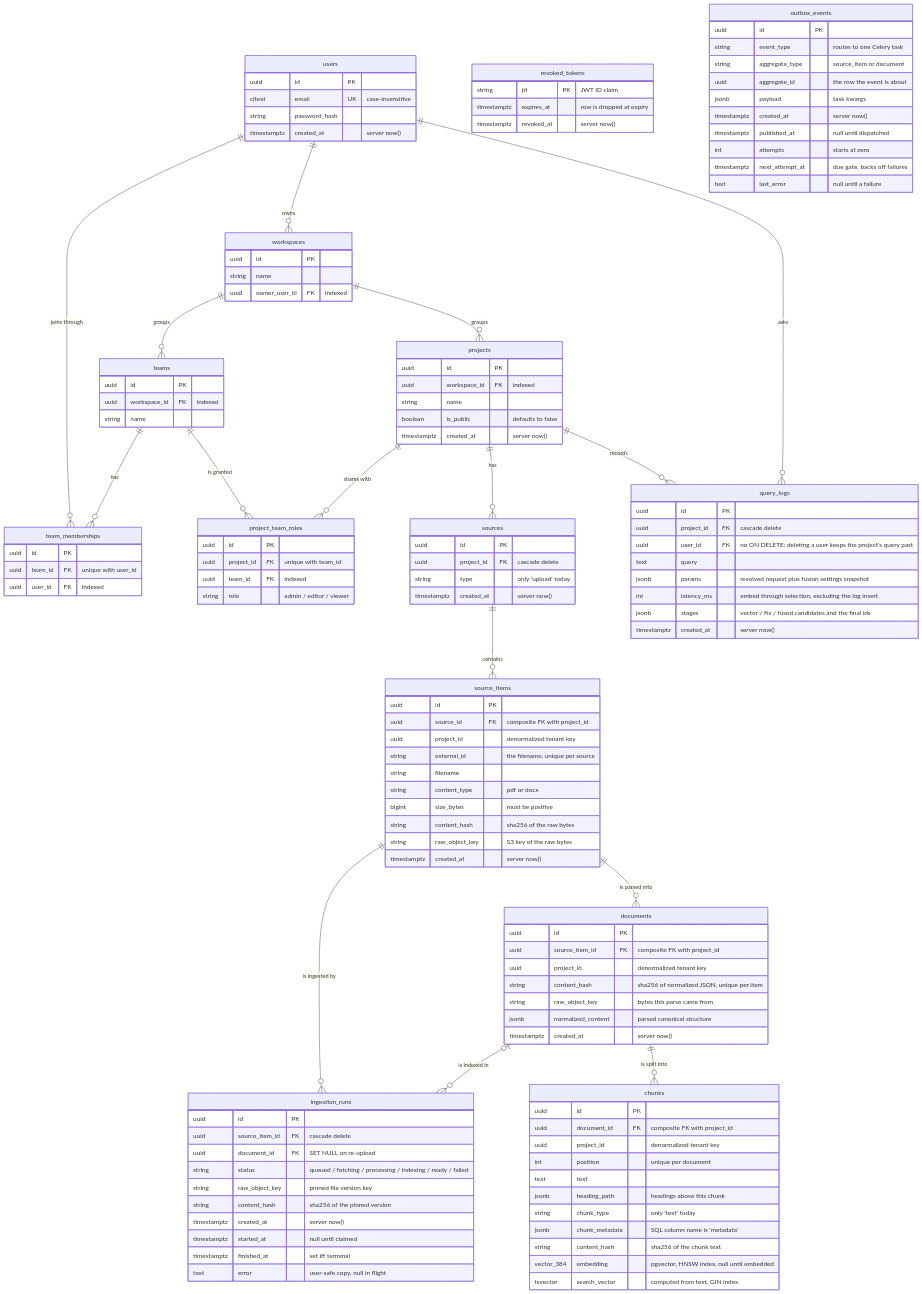
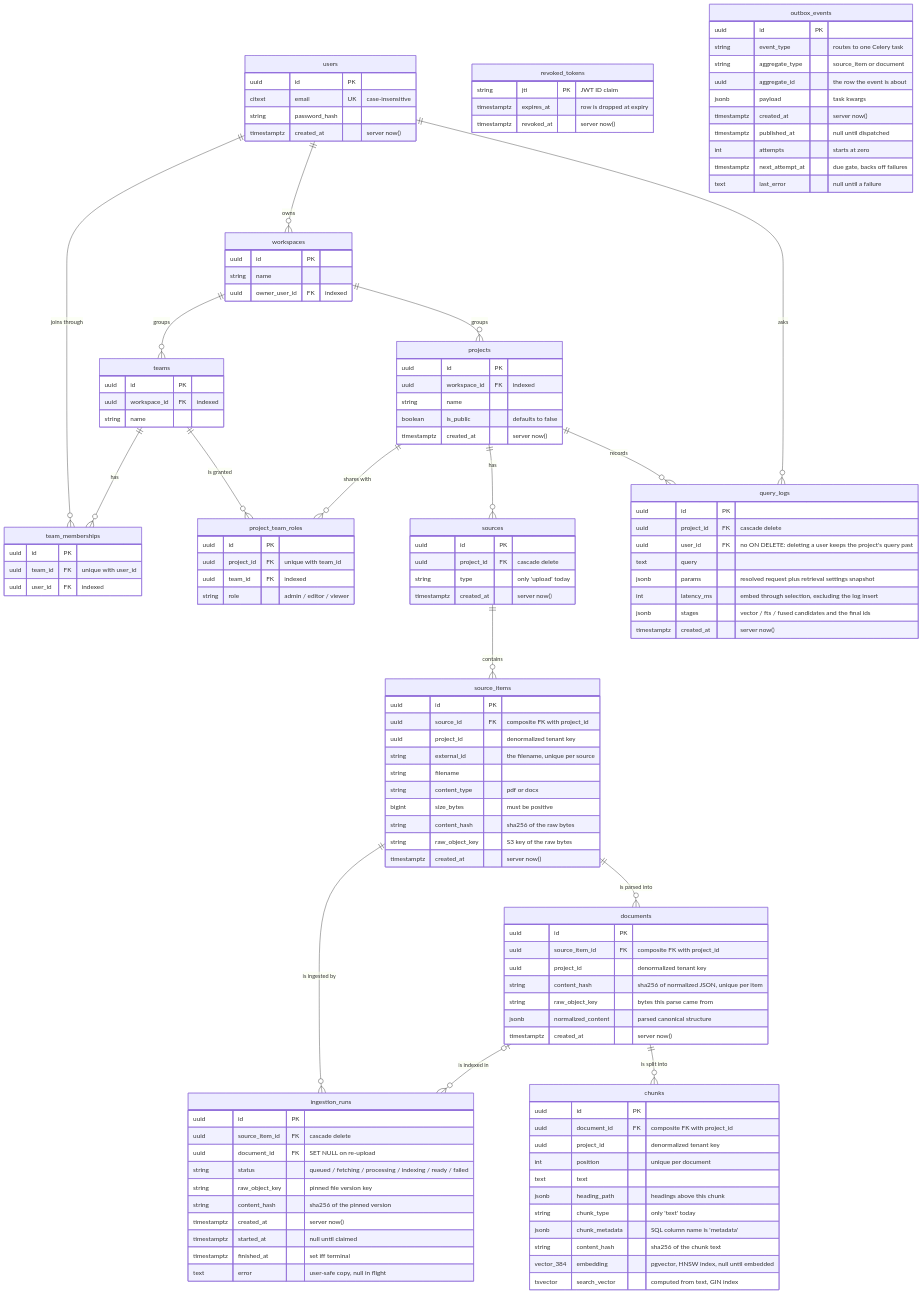
The second of 2 diagrams in docs/2026-10-19-system-overview.md (dimyG/Loctapus), drawn with Mermaid before and after one commit. The commit also changed other lines of this file, not shown here.

```diff
--- a/docs/2026-10-19-system-overview.md
+++ b/docs/2026-10-19-system-overview.md
@@ -343,7 +343,7 @@
         uuid project_id FK "cascade delete"
         uuid user_id FK "no ON DELETE: deleting a user keeps the project's query past"
         text query
-        jsonb params "resolved request plus fusion settings snapshot"
+        jsonb params "resolved request plus retrieval settings snapshot"
         int latency_ms "embed through selection, excluding the log insert"
         jsonb stages "vector / fts / fused candidates and the final ids"
         timestamptz created_at "server now()"
```
